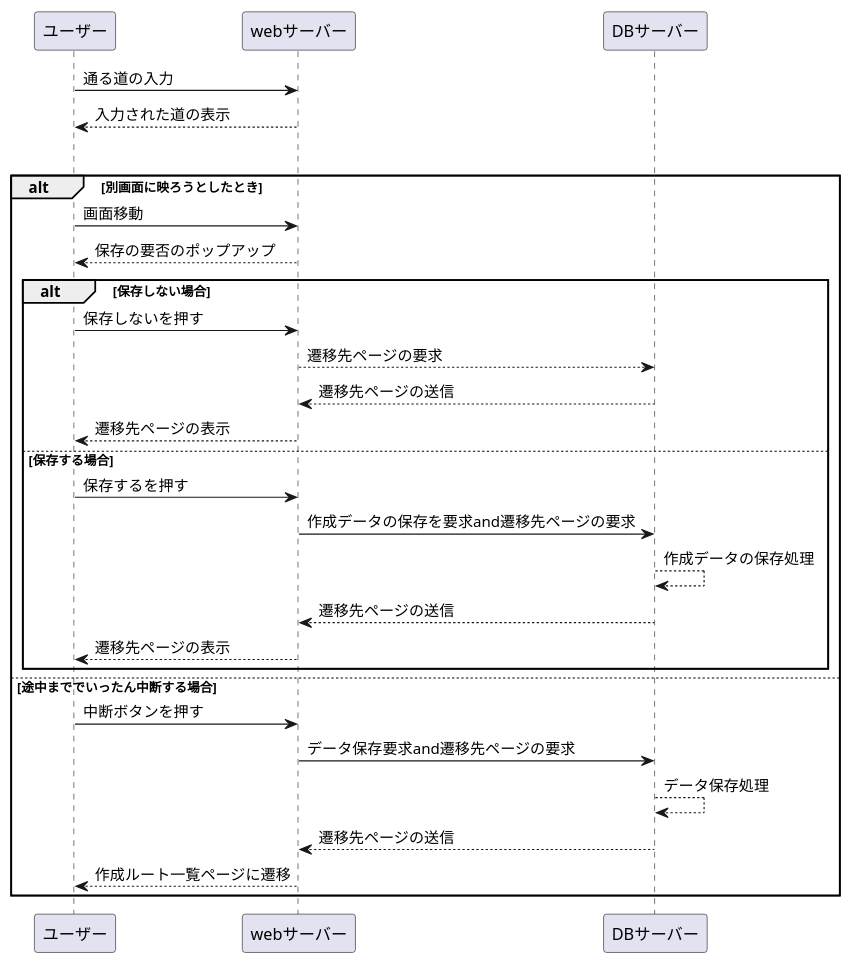
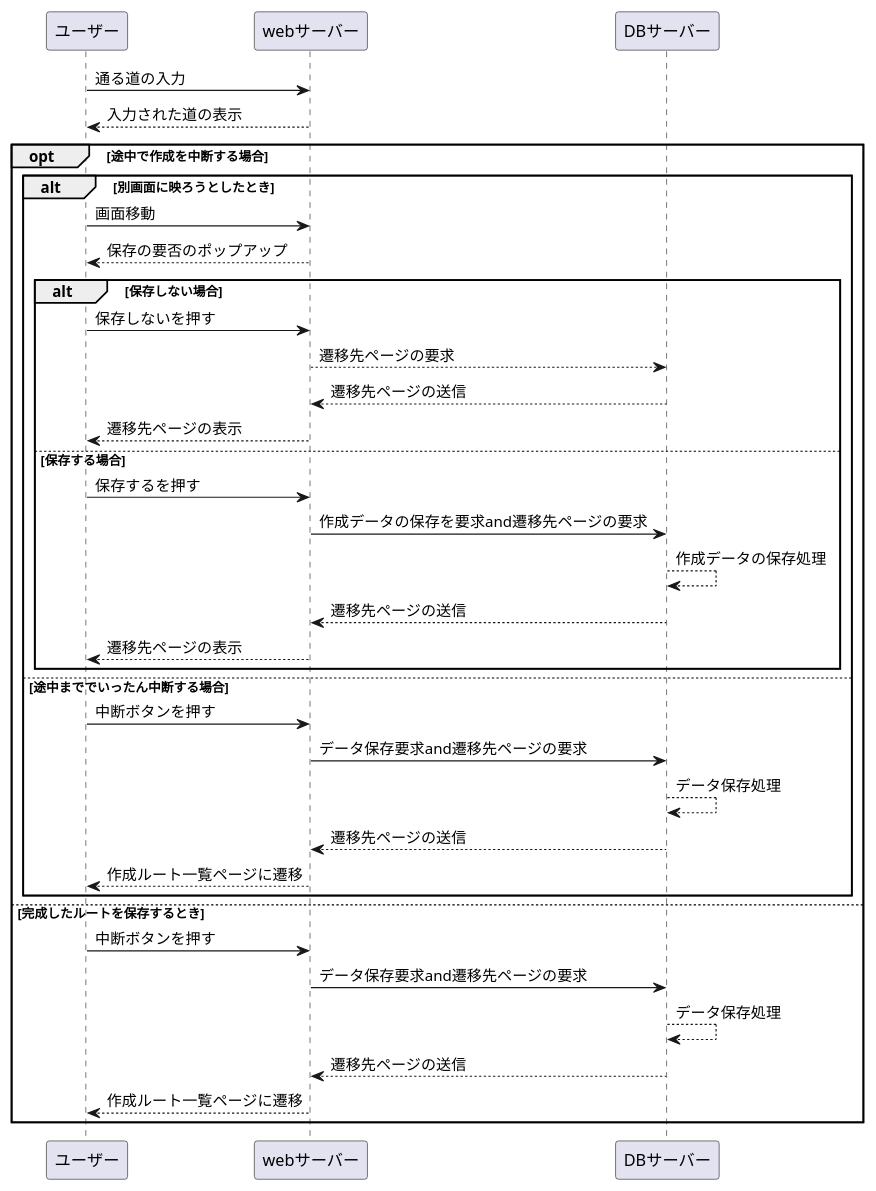
Before and after one commit to AsoSD3A3/CyclingSystem: the diagram in 業務フロー図/rootcreate_flow.md, drawn with PlantUML.

````diff
--- a/業務フロー図/rootcreate_flow.md
+++ b/業務フロー図/rootcreate_flow.md
@@ -1,37 +1,53 @@
 ```uml
 @startuml
 
 ユーザー -> webサーバー : 通る道の入力
 webサーバー --> ユーザー : 入力された道の表示
 
 opt 途中で作成を中断する場合
 
 alt 別画面に映ろうとしたとき
+
 ユーザー -> webサーバー : 画面移動
 webサーバー --> ユーザー : 保存の要否のポップアップ
 
 alt 保存しない場合
+
 ユーザー -> webサーバー : 保存しないを押す
 webサーバー --> DBサーバー : 遷移先ページの要求
 DBサーバー --> webサーバー : 遷移先ページの送信
 webサーバー --> ユーザー : 遷移先ページの表示
 
 
 else 保存する場合
+
 ユーザー -> webサーバー : 保存するを押す
 webサーバー -> DBサーバー : 作成データの保存を要求and遷移先ページの要求
 DBサーバー --> DBサーバー : 作成データの保存処理
 DBサーバー --> webサーバー : 遷移先ページの送信
 webサーバー --> ユーザー : 遷移先ページの表示
+
 end
+
 else 途中まででいったん中断する場合
+
 ユーザー -> webサーバー : 中断ボタンを押す
 webサーバー -> DBサーバー : データ保存要求and遷移先ページの要求
 DBサーバー --> DBサーバー : データ保存処理
 DBサーバー --> webサーバー : 遷移先ページの送信
 webサーバー --> ユーザー : 作成ルート一覧ページに遷移
+
 end
 
+else 完成したルートを保存するとき
+
+ユーザー -> webサーバー : 中断ボタンを押す
+webサーバー -> DBサーバー : データ保存要求and遷移先ページの要求
+DBサーバー --> DBサーバー : データ保存処理
+DBサーバー --> webサーバー : 遷移先ページの送信
+webサーバー --> ユーザー : 作成ルート一覧ページに遷移
+
+end
 
 @enduml
 ```
````
